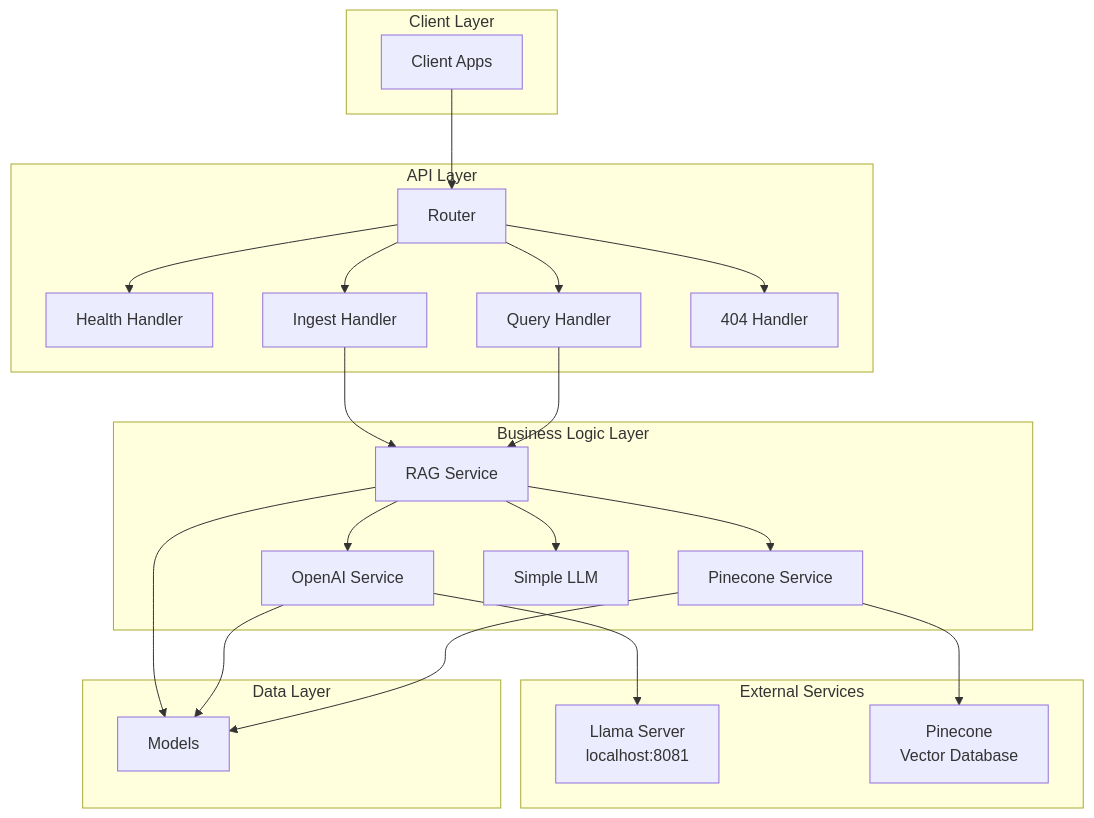
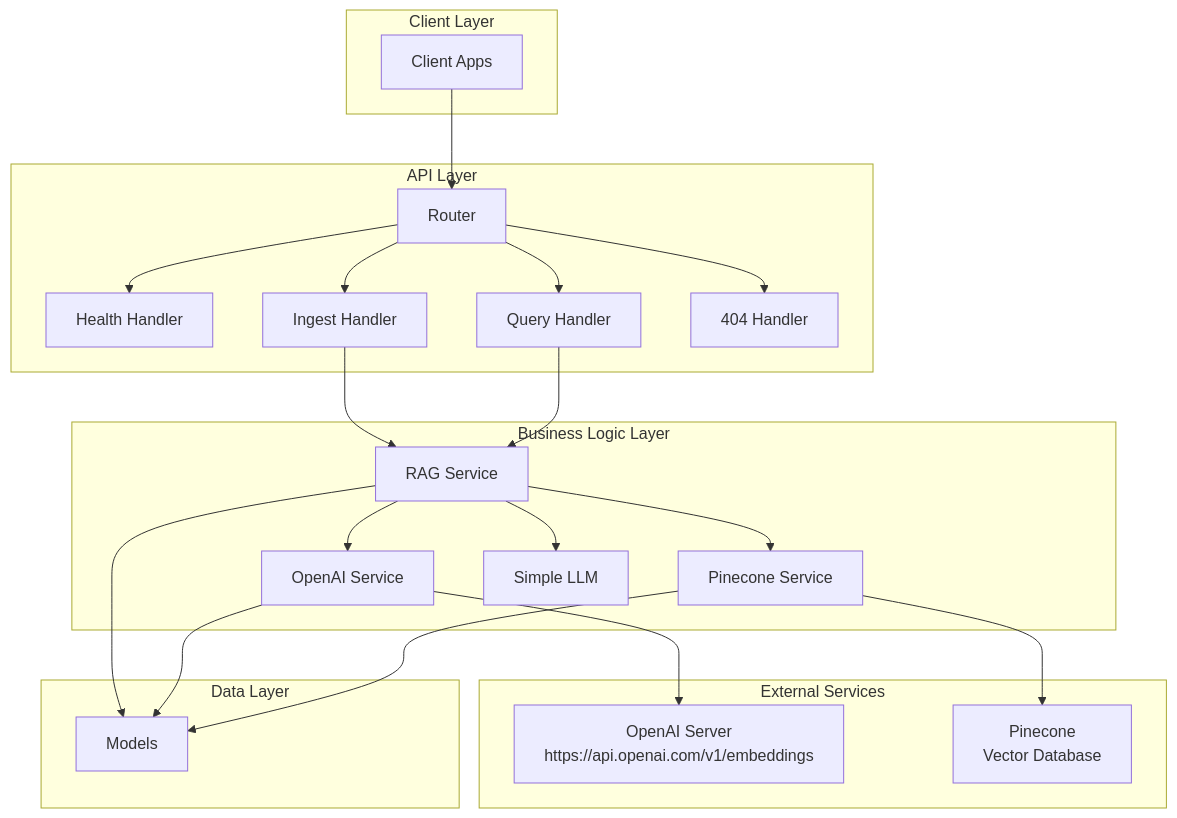
The diagram in README.md (umangsingh123/simple-rag), drawn with Mermaid before and after one commit.

Commit message:
Updated the README file

````diff
--- a/README.md
+++ b/README.md
@@ -7,54 +7,54 @@
 ```mermaid
 
 
 
 graph TB
     subgraph "Client Layer"
         C[Client Apps]
     end
   
     subgraph "API Layer"
         R[Router]
         H1[Health Handler]
         H2[Ingest Handler]
         H3[Query Handler]
         H4[404 Handler]
     end
   
     subgraph "Business Logic Layer"
         RS[RAG Service]
         LS[OpenAI Service]
         PS[Pinecone Service]
         LLM[Simple LLM]
     end
   
     subgraph "External Services"
-        L[Llama Server<br/>localhost:8081]
+        L[OpenAI Server<br/>https://api.openai.com/v1/embeddings]
         P[Pinecone<br/>Vector Database]
     end
   
     subgraph "Data Layer"
         M[Models]
     end
   
     C --> R
     R --> H1
     R --> H2
     R --> H3
     R --> H4
   
     H2 --> RS
     H3 --> RS
   
     RS --> LS
     RS --> PS
     RS --> LLM
   
     LS --> L
     PS --> P
   
     RS --> M
     LS --> M
     PS --> M
 
 ```
````
